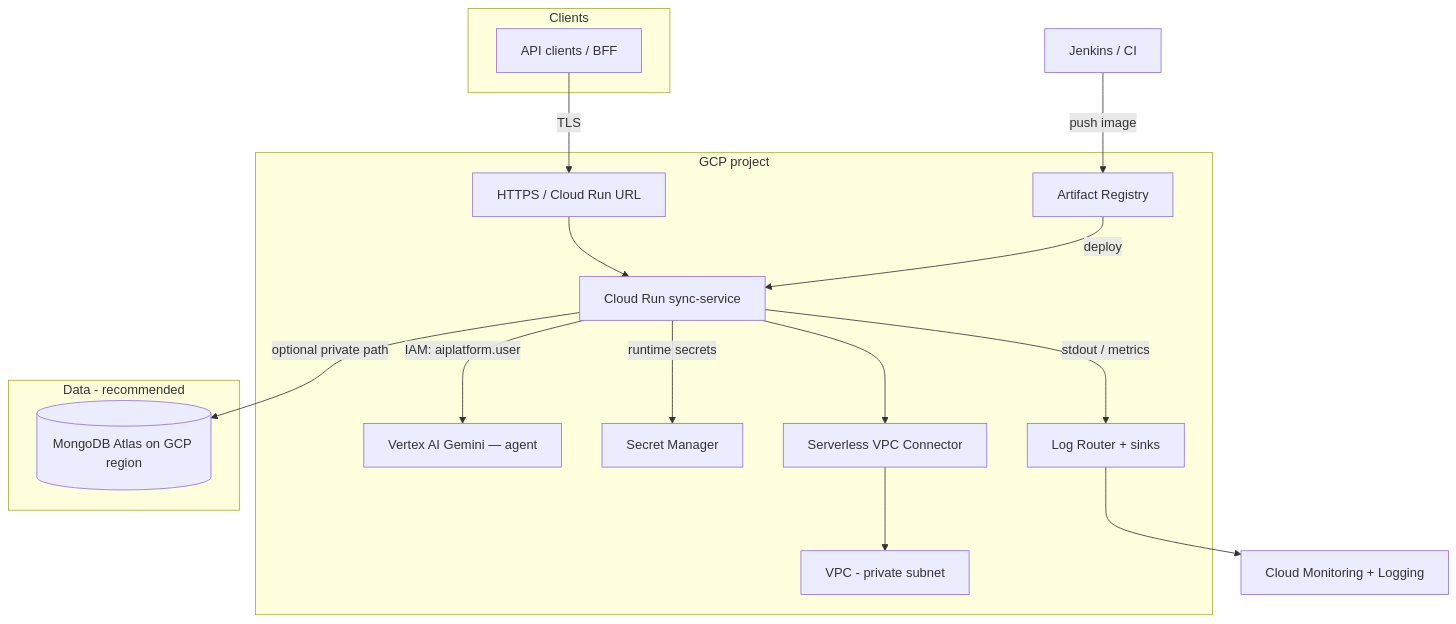
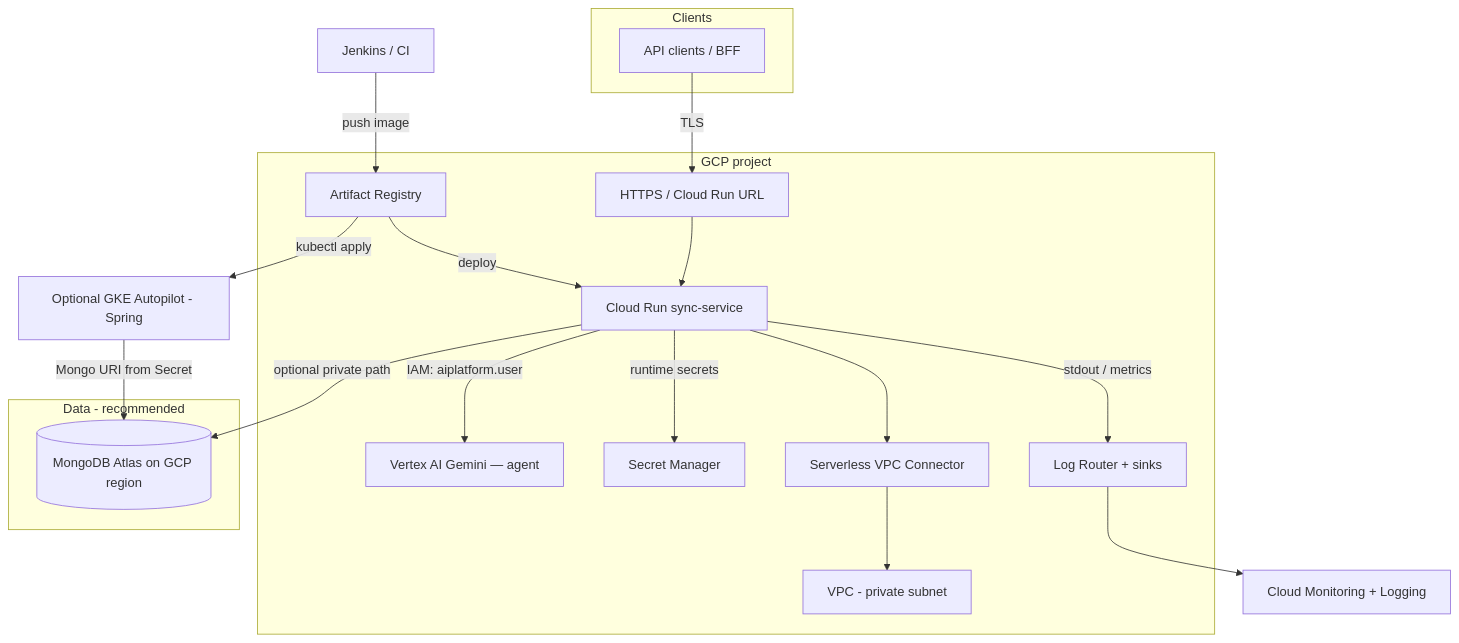
One commit to MrinalBhoumick/cloudeagle-devops-gcp-assignment changed the diagram in docs/INFRASTRUCTURE.md. Above: the diagram before and after it, drawn with Mermaid. The commit also changed other lines of this file and 50 other files, not shown here.

First line of the commit message:
Add Spring sync-service (1.5.4), k8s manifests, GKE Terraform, and Cloud Run profile groups

````diff
--- a/docs/INFRASTRUCTURE.md
+++ b/docs/INFRASTRUCTURE.md
@@ -13,33 +13,36 @@
 ```mermaid
 flowchart TB
   subgraph users [Clients]
     U[API clients / BFF]
   end
 
   subgraph gcp [GCP project]
     LB[HTTPS / Cloud Run URL]
     CR[Cloud Run sync-service]
     VAI[Vertex AI Gemini — agent]
     SM[Secret Manager]
     GAR[Artifact Registry]
     VPC[VPC - private subnet]
     CO[Serverless VPC Connector]
     IGA[Log Router + sinks]
   end
 
   subgraph atlas [Data - recommended]
     MA[(MongoDB Atlas on GCP region)]
   end
 
   U -->|TLS| LB
   LB --> CR
   CR -->|IAM: aiplatform.user| VAI
   CR --> CO
   CO --> VPC
   CR -->|runtime secrets| SM
+  GKE[Optional GKE Autopilot - Spring]
   Jenkins[Jenkins / CI] -->|push image| GAR
   GAR -->|deploy| CR
+  GAR -->|kubectl apply| GKE
   CR -->|optional private path| MA
+  GKE -->|Mongo URI from Secret| MA
   CR -->|stdout / metrics| IGA
   IGA --> CM[Cloud Monitoring + Logging]
 ```
````
